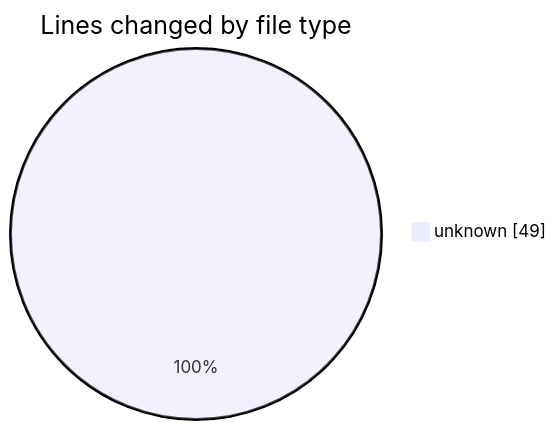
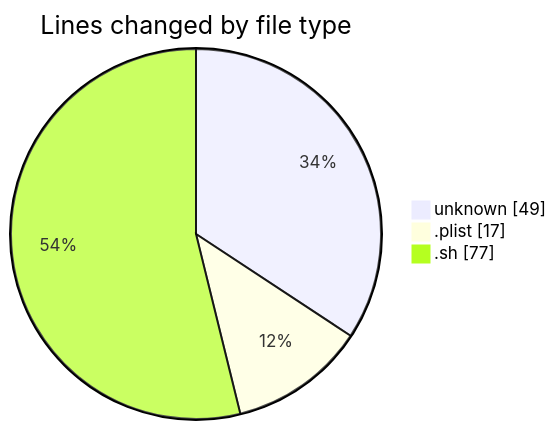
One commit to lephambinh05/code-tracking changed the first of 2 diagrams in 2025-09-10/quanlylink/README.md. Above: the diagram before and after it, drawn with Mermaid. The commit also changed other lines of this file and 1 other file, not shown here.

````diff
--- a/2025-09-10/quanlylink/README.md
+++ b/2025-09-10/quanlylink/README.md
@@ -20,5 +23,7 @@
 ```mermaid
 pie showData
 title Lines changed by file type
 "unknown" : 49
+".plist" : 17
+".sh" : 77
 ```
````
